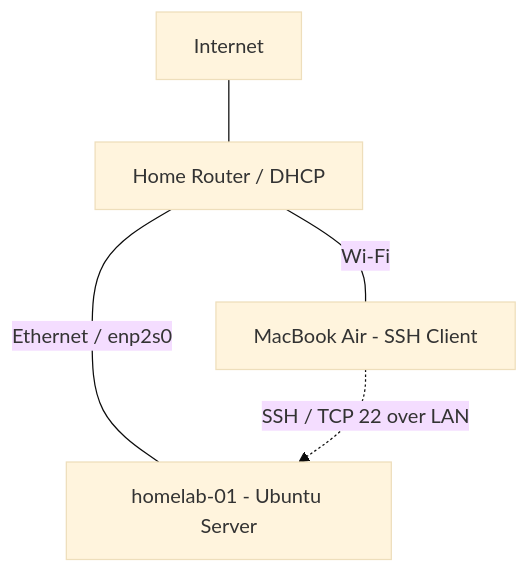
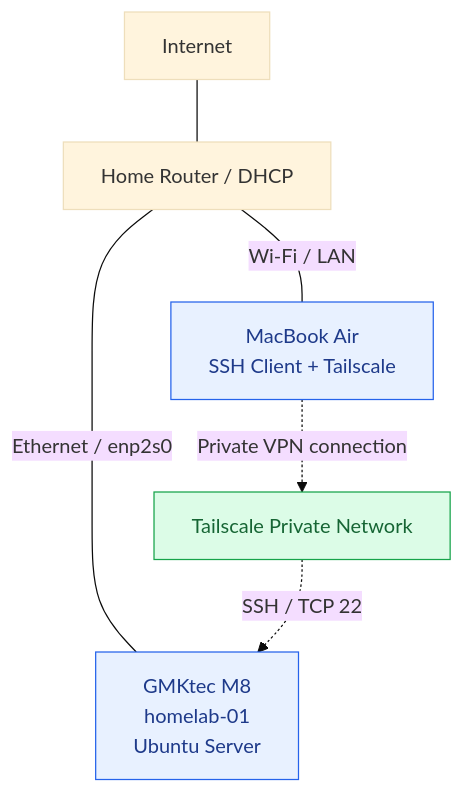
Before and after one commit to Mouhamadoub977/homelab: the diagram in diagrams/architecture.md, drawn with Mermaid (base theme). The commit also changed other lines of this file, not shown here.

Commit message:
docs : update homelab network architecture

````diff
--- a/diagrams/architecture.md
+++ b/diagrams/architecture.md
@@ -6,12 +5,21 @@
 ```mermaid
 flowchart TD
     Internet["Internet"]
     Router["Home Router / DHCP"]
-    Mac["MacBook Air - SSH Client"]
-    Server["homelab-01 - Ubuntu Server"]
+    Mac["MacBook Air<br/>SSH Client + Tailscale"]
+    Server["GMKtec M8<br/>homelab-01<br/>Ubuntu Server"]
+    Tailnet["Tailscale Private Network"]
 
     Internet --- Router
-    Router ---|"Wi-Fi"| Mac
     Router ---|"Ethernet / enp2s0"| Server
-    Mac -.->|"SSH / TCP 22 over LAN"| Server
+    Router ---|"Wi-Fi / LAN"| Mac
+
+    Mac -.->|"Private VPN connection"| Tailnet
+    Tailnet -.->|"SSH / TCP 22"| Server
+
+    classDef device fill:#e8f1ff,stroke:#2563eb,color:#1e3a8a
+    classDef vpn fill:#dcfce7,stroke:#16a34a,color:#166534
+
+    class Mac,Server device
+    class Tailnet vpn
 ```
````
